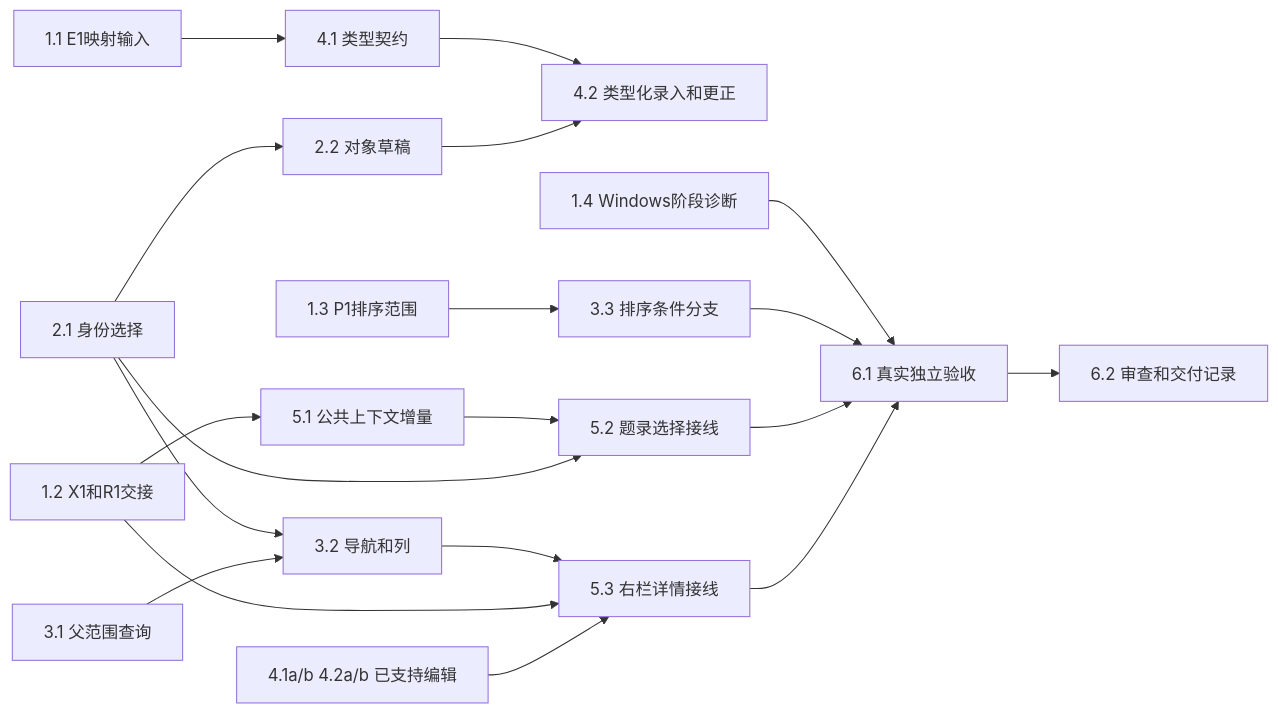
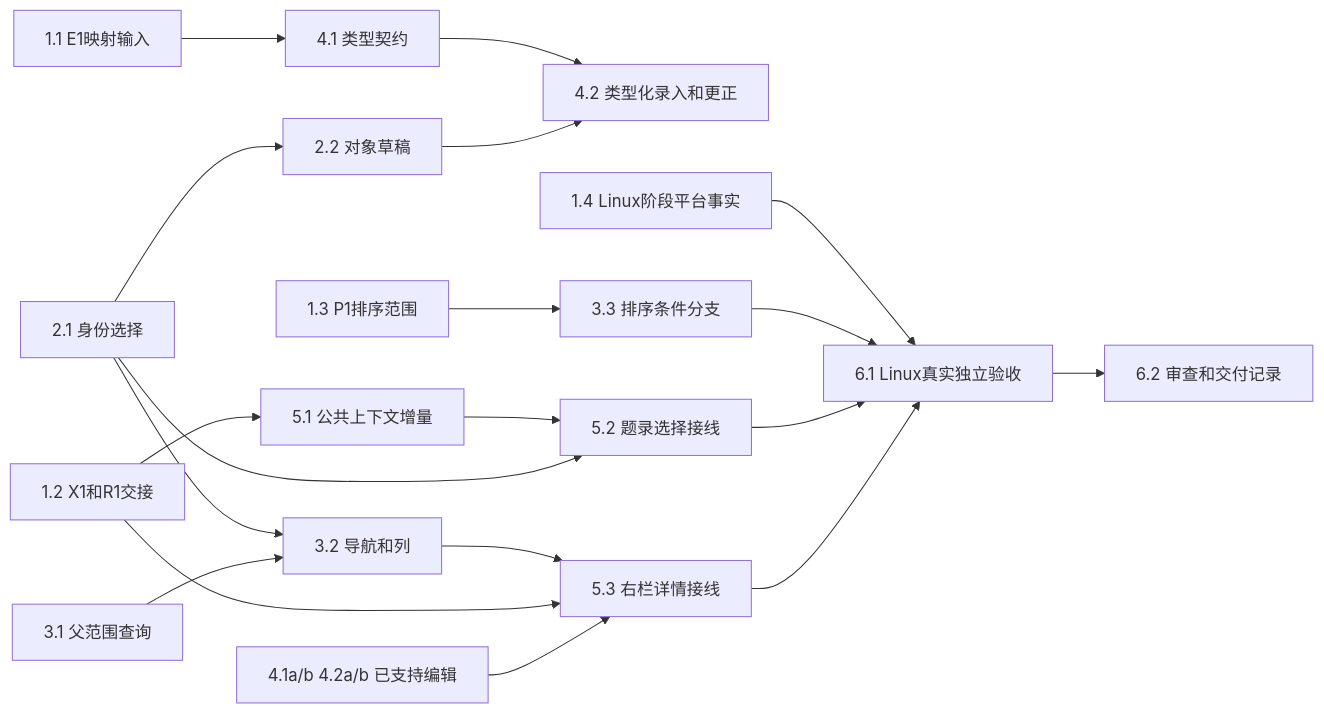
One commit to leike0813/Scholoom changed the diagram in openspec/changes/complete-library-catalog-workbench/tasks.md. Above: the diagram before and after it, drawn with Mermaid. The commit also changed other lines of this file and 84 other files, not shown here.

````diff
--- a/openspec/changes/complete-library-catalog-workbench/tasks.md
+++ b/openspec/changes/complete-library-catalog-workbench/tasks.md
@@ -62,21 +66,21 @@
 ```mermaid
 flowchart LR
   T21[2.1 身份选择] --> T22[2.2 对象草稿]
   T21 --> T32[3.2 导航和列]
   T31[3.1 父范围查询] --> T32
   T11[1.1 E1映射输入] --> T41[4.1 类型契约]
   T41 --> T42[4.2 类型化录入和更正]
   T22 --> T42
   T12[1.2 X1和R1交接] --> T51[5.1 公共上下文增量]
   T51 --> T52[5.2 题录选择接线]
   T21 --> T52
   T32 --> T53[5.3 右栏详情接线]
   T12 --> T53
   T42ab[4.1a/b 4.2a/b 已支持编辑] --> T53
   T13[1.3 P1排序范围] --> T33[3.3 排序条件分支]
-  T14[1.4 Windows阶段诊断] --> T61[6.1 真实独立验收]
+  T14[1.4 Linux阶段平台事实] --> T61[6.1 Linux真实独立验收]
   T33 --> T61
   T52 --> T61
   T53 --> T61
   T61 --> T62[6.2 审查和交付记录]
 ```
````
